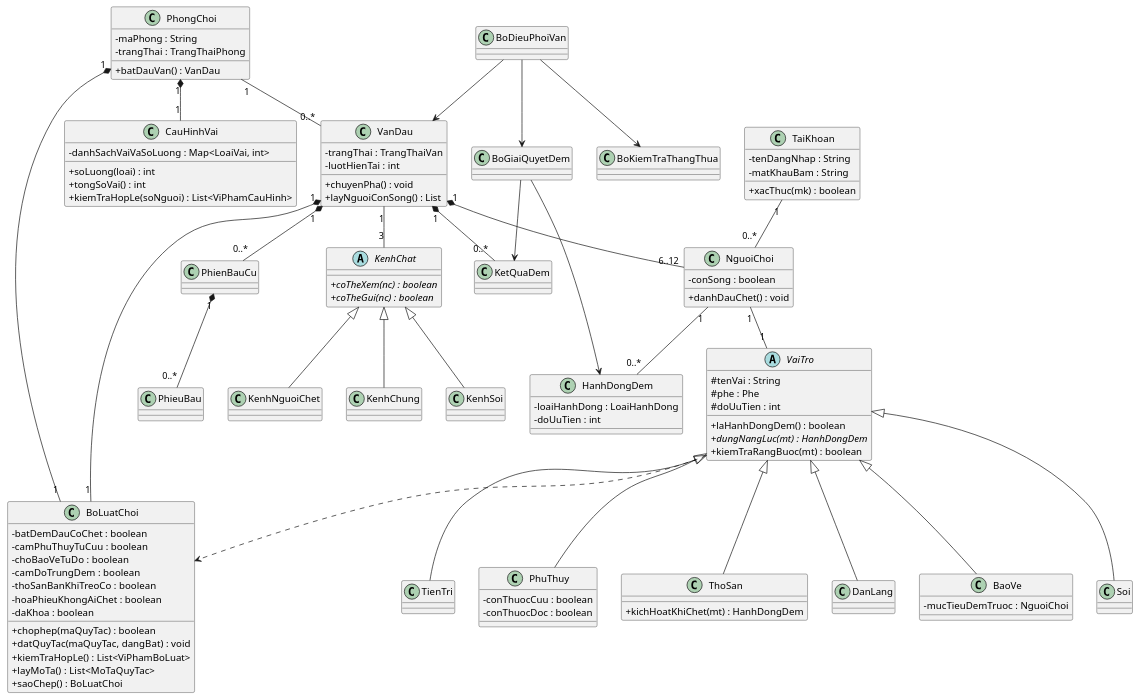
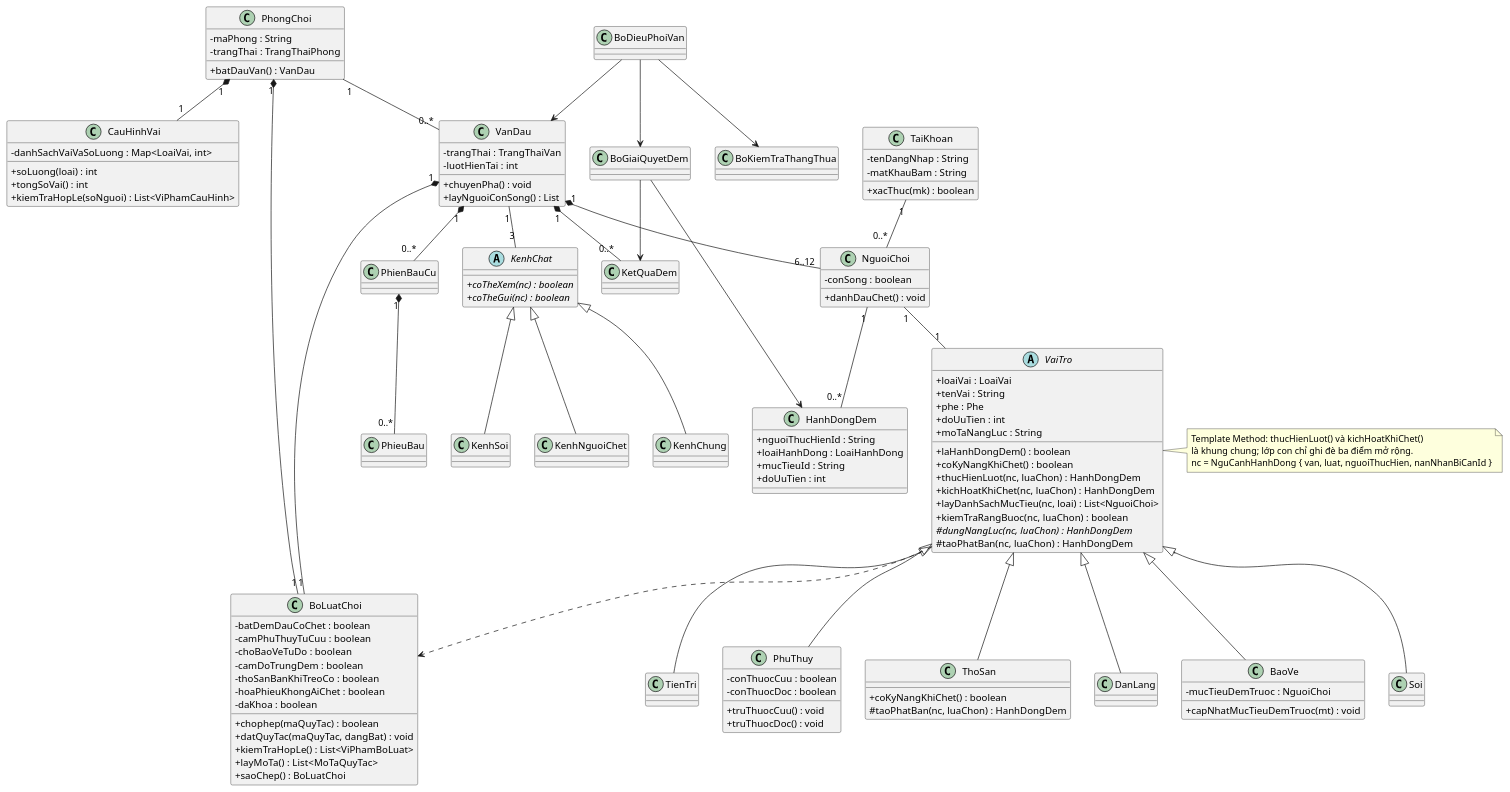
Before and after one commit to AlaVox-lab/WereWolf_Game: the diagram in docs/diagrams/03-class-loi.puml, drawn with PlantUML. The commit also changed 19 other files, not shown here.

First line of the commit message:
feat(domain): thêm phân cấp VaiTro và sáu lớp vai

```diff
--- a/docs/diagrams/03-class-loi.puml
+++ b/docs/diagrams/03-class-loi.puml
@@ -3,108 +3,126 @@
 @startuml
 skinparam classAttributeIconSize 0
 abstract class VaiTro {
-  # tenVai : String
-  # phe : Phe
-  # doUuTien : int
+  + loaiVai : LoaiVai
+  + tenVai : String
+  + phe : Phe
+  + doUuTien : int
+  + moTaNangLuc : String
   + laHanhDongDem() : boolean
-  + {abstract} dungNangLuc(mt) : HanhDongDem
-  + kiemTraRangBuoc(mt) : boolean
+  + coKyNangKhiChet() : boolean
+  + thucHienLuot(nc, luaChon) : HanhDongDem
+  + kichHoatKhiChet(nc, luaChon) : HanhDongDem
+  + layDanhSachMucTieu(nc, loai) : List<NguoiChoi>
+  + kiemTraRangBuoc(nc, luaChon) : boolean
+  # {abstract} dungNangLuc(nc, luaChon) : HanhDongDem
+  # taoPhatBan(nc, luaChon) : HanhDongDem
 }
+note right of VaiTro
+  Template Method: thucHienLuot() và kichHoatKhiChet()
+  là khung chung; lớp con chỉ ghi đè ba điểm mở rộng.
+  nc = NguCanhHanhDong { van, luat, nguoiThucHien, nanNhanBiCanId }
+end note
 class DanLang
 class BaoVe {
   - mucTieuDemTruoc : NguoiChoi
+  + capNhatMucTieuDemTruoc(mt) : void
 }
 class Soi
 class TienTri
 class PhuThuy {
   - conThuocCuu : boolean
   - conThuocDoc : boolean
+  + truThuocCuu() : void
+  + truThuocDoc() : void
 }
 class ThoSan {
-  + kichHoatKhiChet(mt) : HanhDongDem
+  + coKyNangKhiChet() : boolean
+  # taoPhatBan(nc, luaChon) : HanhDongDem
 }
 VaiTro <|-- DanLang
 VaiTro <|-- BaoVe
 VaiTro <|-- Soi
 VaiTro <|-- TienTri
 VaiTro <|-- PhuThuy
 VaiTro <|-- ThoSan
 abstract class KenhChat {
   + {abstract} coTheXem(nc) : boolean
   + {abstract} coTheGui(nc) : boolean
 }
 class KenhChung
 class KenhSoi
 class KenhNguoiChet
 KenhChat <|-- KenhChung
 KenhChat <|-- KenhSoi
 KenhChat <|-- KenhNguoiChet
 class TaiKhoan {
   - tenDangNhap : String
   - matKhauBam : String
   + xacThuc(mk) : boolean
 }
 class BoLuatChoi {
   - batDemDauCoChet : boolean
   - camPhuThuyTuCuu : boolean
   - choBaoVeTuDo : boolean
   - camDoTrungDem : boolean
   - thoSanBanKhiTreoCo : boolean
   - hoaPhieuKhongAiChet : boolean
   - daKhoa : boolean
   + chophep(maQuyTac) : boolean
   + datQuyTac(maQuyTac, dangBat) : void
   + kiemTraHopLe() : List<ViPhamBoLuat>
   + layMoTa() : List<MoTaQuyTac>
   + saoChep() : BoLuatChoi
 }
 class CauHinhVai {
   - danhSachVaiVaSoLuong : Map<LoaiVai, int>
   + soLuong(loai) : int
   + tongSoVai() : int
   + kiemTraHopLe(soNguoi) : List<ViPhamCauHinh>
 }
 class PhongChoi {
   - maPhong : String
   - trangThai : TrangThaiPhong
   + batDauVan() : VanDau
 }
 class VanDau {
   - trangThai : TrangThaiVan
   - luotHienTai : int
   + chuyenPha() : void
   + layNguoiConSong() : List
 }
 class NguoiChoi {
   - conSong : boolean
   + danhDauChet() : void
 }
 class HanhDongDem {
-  - loaiHanhDong : LoaiHanhDong
-  - doUuTien : int
+  + nguoiThucHienId : String
+  + loaiHanhDong : LoaiHanhDong
+  + mucTieuId : String
+  + doUuTien : int
 }
 class KetQuaDem
 class PhienBauCu
 class PhieuBau
 class BoDieuPhoiVan
 class BoGiaiQuyetDem
 class BoKiemTraThangThua
 TaiKhoan "1" -- "0..*" NguoiChoi
 PhongChoi "1" -- "0..*" VanDau
 PhongChoi "1" *-- "1" BoLuatChoi
 PhongChoi "1" *-- "1" CauHinhVai
 VanDau "1" *-- "1" BoLuatChoi
 VaiTro ..> BoLuatChoi
 VanDau "1" *-- "6..12" NguoiChoi
 NguoiChoi "1" -- "1" VaiTro
 NguoiChoi "1" -- "0..*" HanhDongDem
 VanDau "1" *-- "0..*" KetQuaDem
 VanDau "1" *-- "0..*" PhienBauCu
 PhienBauCu "1" *-- "0..*" PhieuBau
 VanDau "1" -- "3" KenhChat
 BoDieuPhoiVan --> VanDau
 BoDieuPhoiVan --> BoGiaiQuyetDem
 BoGiaiQuyetDem --> HanhDongDem
 BoGiaiQuyetDem --> KetQuaDem
 BoDieuPhoiVan --> BoKiemTraThangThua
 @enduml
```
